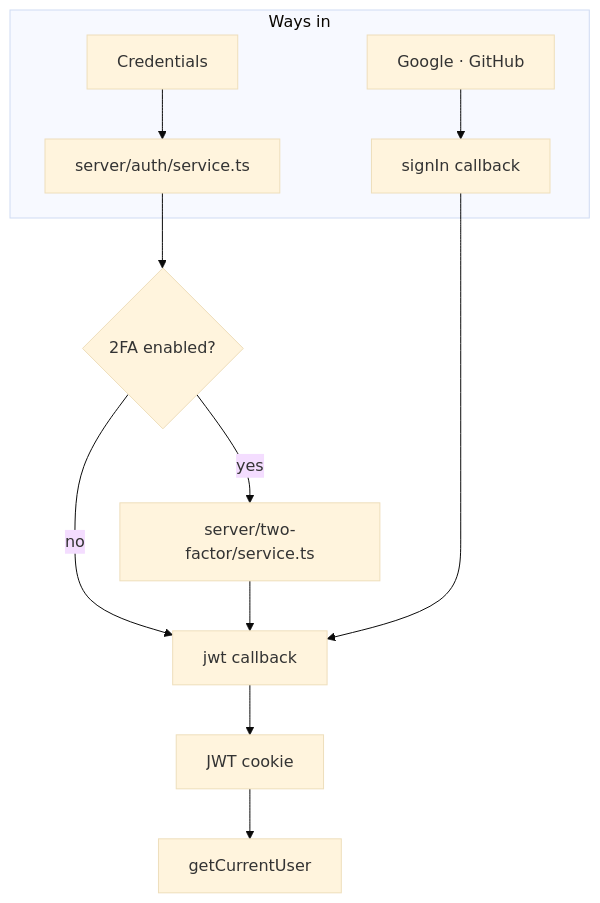
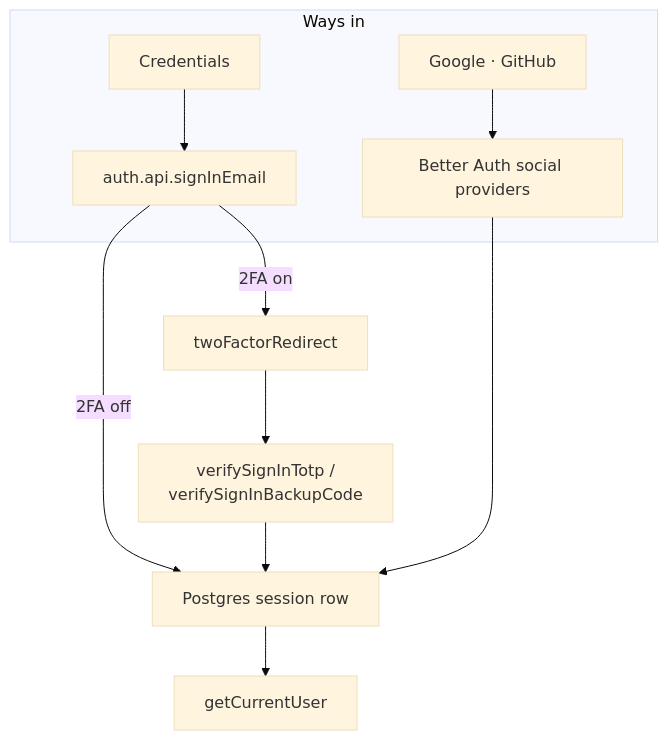
The sixth of 6 diagrams in docs/ARCHITECTURE.md (algusaem/buycarmap), drawn with Mermaid (base theme) before and after one commit. The commit also changed other lines of this file and 152 other files, not shown here.

First line of the commit message:
feat: move authentication to Better Auth with Postgres sessions (#63)

````diff
--- a/docs/ARCHITECTURE.md
+++ b/docs/ARCHITECTURE.md
@@ -559,14 +576,13 @@
 ```mermaid
 flowchart TB
     subgraph entry [Ways in]
-        C[Credentials] --> AZ[server/auth/service.ts]
-        O[Google · GitHub] --> SI[signIn callback]
+        C[Credentials] --> SI[auth.api.signInEmail]
+        O[Google · GitHub] --> SP[Better Auth social providers]
     end
-    AZ --> TF{2FA enabled?}
-    TF -->|yes| V[server/two-factor/service.ts]
-    TF -->|no| J[jwt callback]
-    V --> J
-    SI --> J
-    J --> S[JWT cookie]
+    SI -->|2FA on| TFR[twoFactorRedirect]
+    TFR --> V[verifySignInTotp /<br/>verifySignInBackupCode]
+    SI -->|2FA off| S[Postgres session row]
+    V --> S
+    SP --> S
     S --> GU[getCurrentUser]
 ```
````
